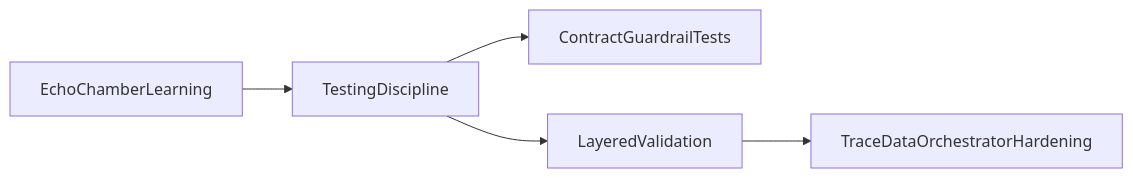
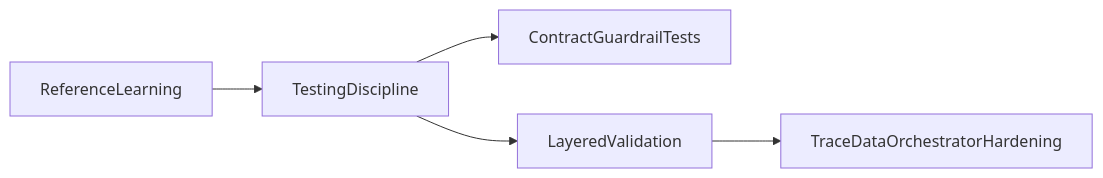
Before and after one commit to tracedata-ai/tracedata-ai-monorepo: the sixth of 6 diagrams in backend/agents/orchestrator/README.md, drawn with Mermaid. The commit also changed other lines of this file and 11 other files, not shown here.

````diff
--- a/backend/agents/orchestrator/README.md
+++ b/backend/agents/orchestrator/README.md
@@ -236,7 +249,7 @@
 ```mermaid
 flowchart LR
-  echo[EchoChamberLearning] --> discipline[TestingDiscipline]
+  ref[ReferenceLearning] --> discipline[TestingDiscipline]
   discipline --> contracts[ContractGuardrailTests]
   discipline --> layered[LayeredValidation]
   layered --> trace[TraceDataOrchestratorHardening]
 ```
````
